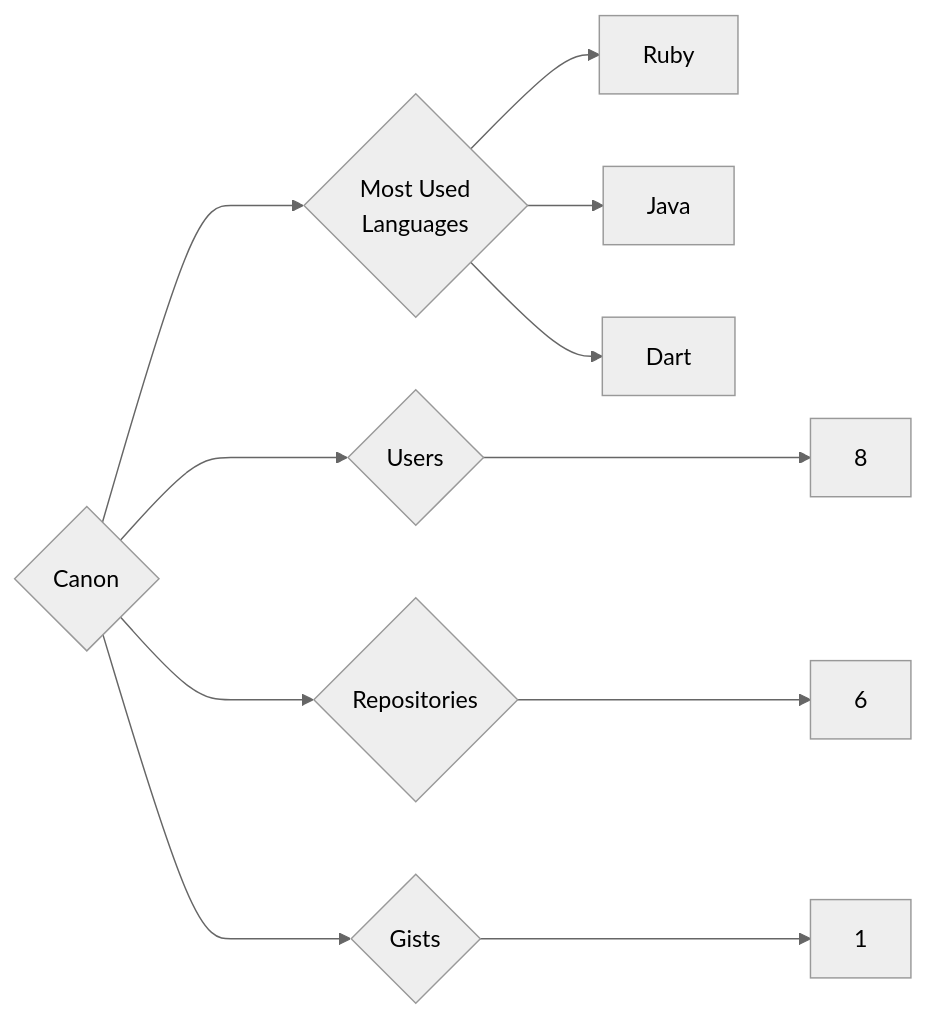
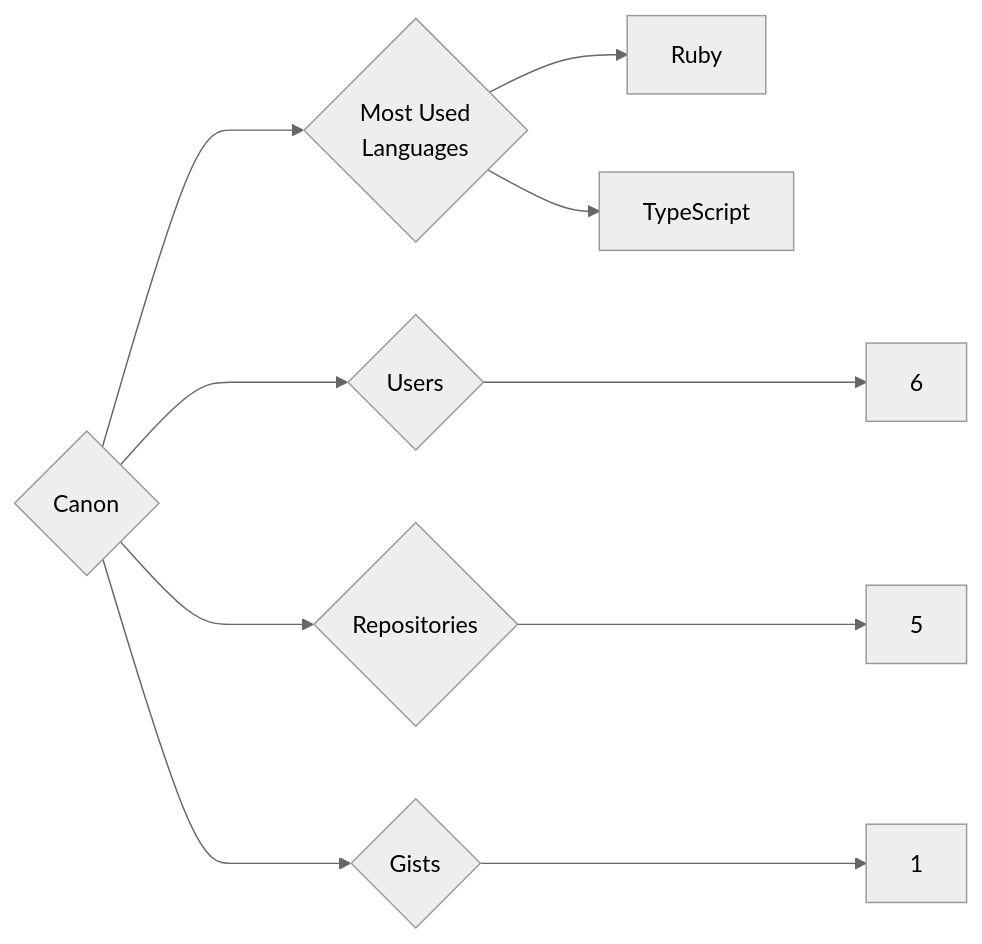
Before and after one commit to trickest/insiders: the diagram in targets/Canon/README.md, drawn with Mermaid (neutral theme). The commit also changed 845 other files, not shown here.

````diff
--- a/targets/Canon/README.md
+++ b/targets/Canon/README.md
@@ -3,11 +3,10 @@
 ```mermaid
 graph LR
 COMPANY_NAME{Canon}
-COMPANY_NAME ---> U{Users} ---> UN[8]
-COMPANY_NAME ---> R{Repositories} ---> RN[6]
+COMPANY_NAME ---> U{Users} ---> UN[6]
+COMPANY_NAME ---> R{Repositories} ---> RN[5]
 COMPANY_NAME ---> G{Gists} ---> GN[1]
 COMPANY_NAME ---> ML{Most Used<br>Languages}
 ML --> Ruby[Ruby]
-ML --> Java[Java]
-ML --> Dart[Dart]
+ML --> TypeScript[TypeScript]
 ```
````
